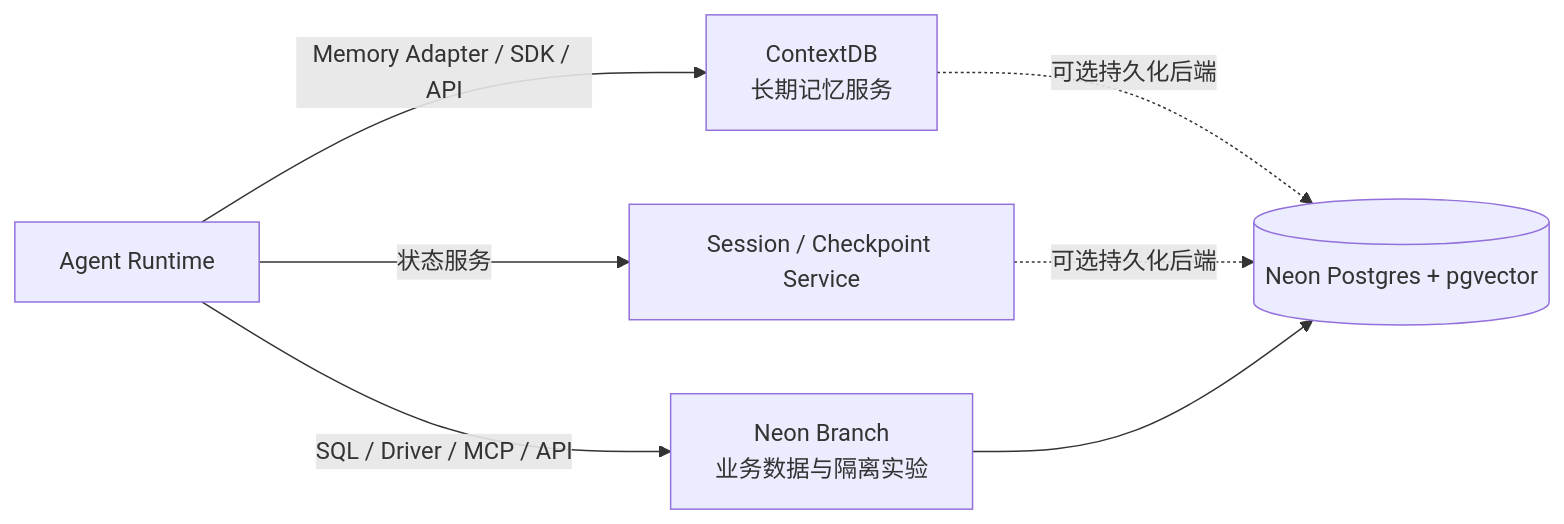
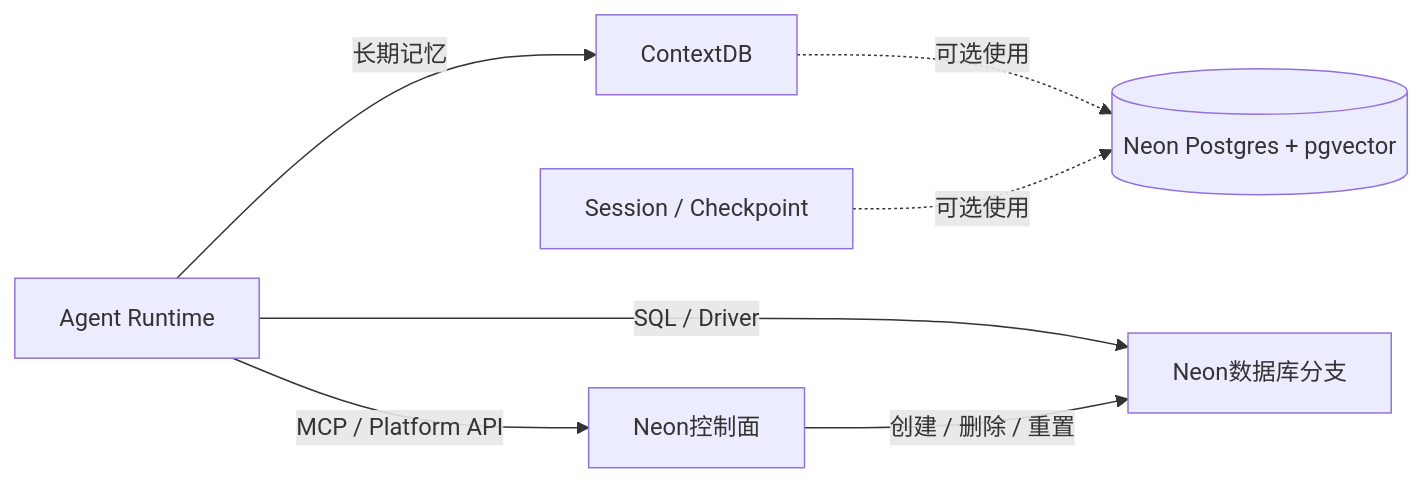
Before and after one commit to wuw476709-oss/ai-mds: the second of 5 diagrams in 01 work/Agent开发实战/Agent开发实战学习与机会探索方案.md, drawn with Mermaid. The commit also changed other lines of this file, not shown here.

Commit message:
docs: simplify agent overview architecture

````diff
--- a/01 work/Agent开发实战/Agent开发实战学习与机会探索方案.md
+++ b/01 work/Agent开发实战/Agent开发实战学习与机会探索方案.md
@@ -128,9 +72,10 @@
 ```mermaid
 flowchart LR
-    A[Agent Runtime] -->|Memory Adapter / SDK / API| C[ContextDB<br/>长期记忆服务]
-    A -->|SQL / Driver / MCP / API| B[Neon Branch<br/>业务数据与隔离实验]
-    A -->|状态服务| S[Session / Checkpoint Service]
-    C -.可选持久化后端.-> N[(Neon Postgres + pgvector)]
-    S -.可选持久化后端.-> N
-    B --> N
+    A[Agent Runtime] -->|长期记忆| C[ContextDB]
+    A -->|MCP / Platform API| N[Neon控制面]
+    A -->|SQL / Driver| B[Neon数据库分支]
+    N -->|创建 / 删除 / 重置| B
+
+    C -.可选使用.-> P[(Neon Postgres + pgvector)]
+    S[Session / Checkpoint] -.可选使用.-> P
 ```
````
